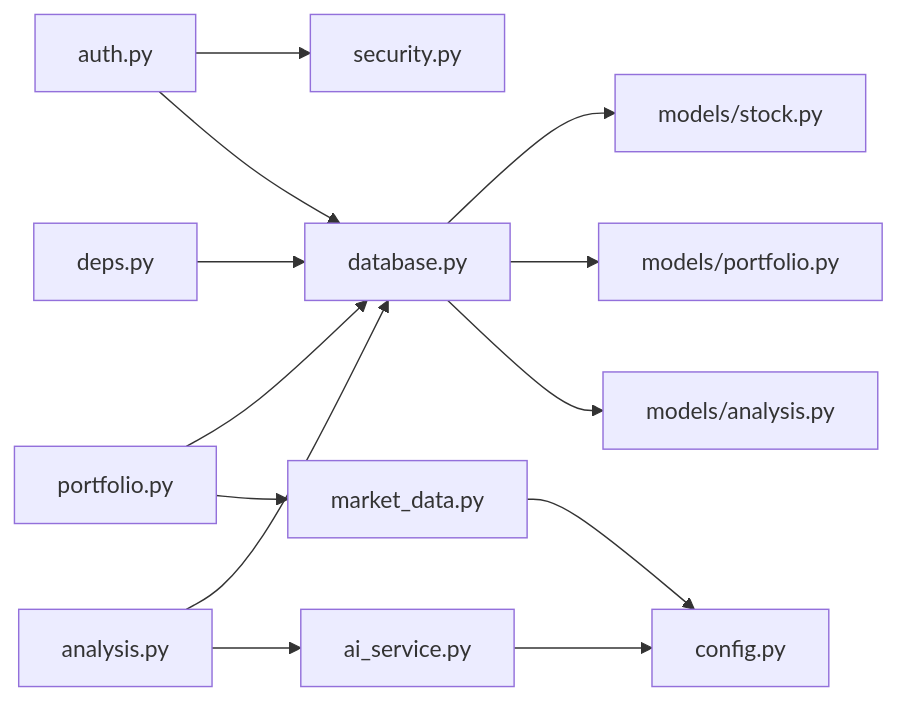
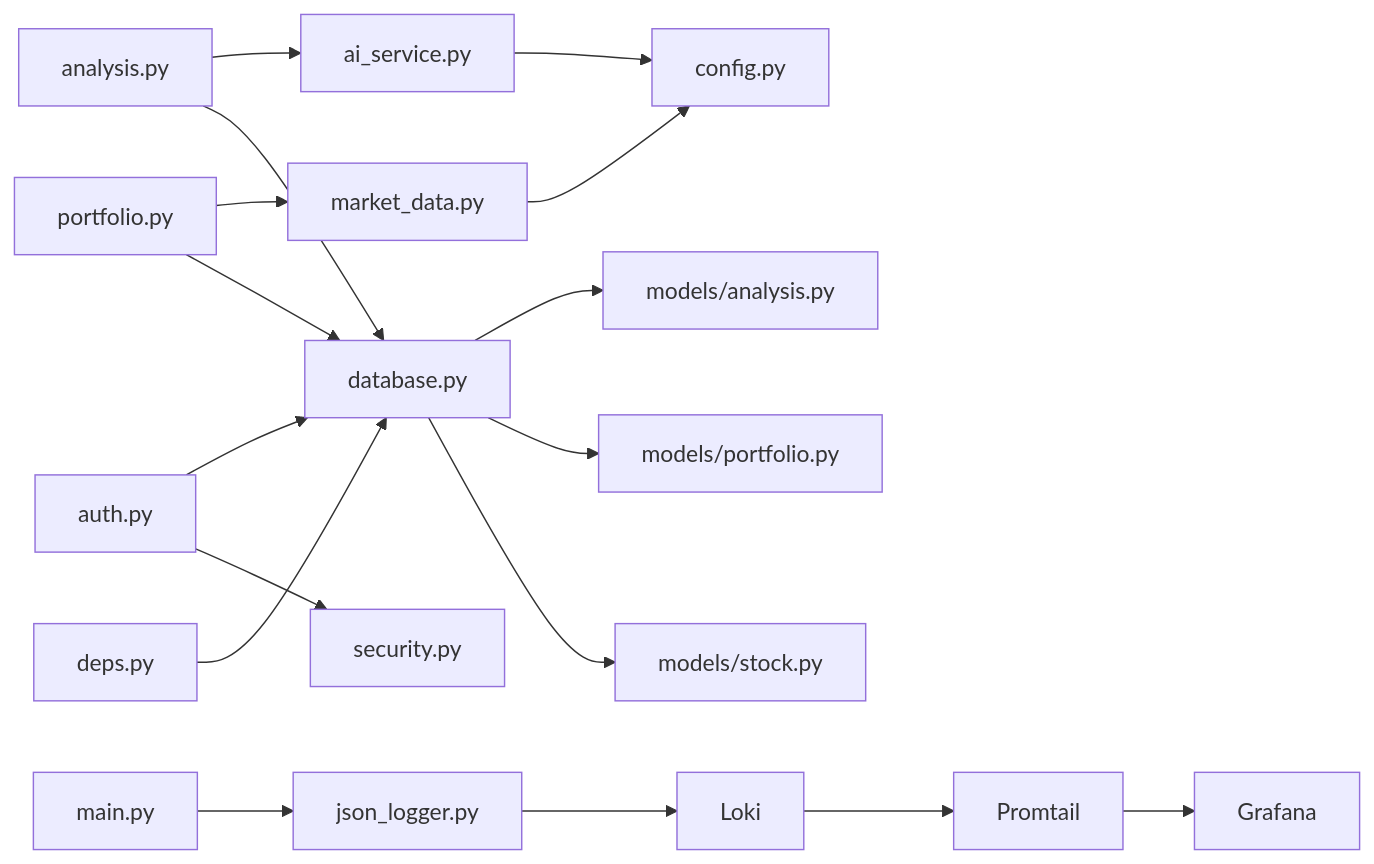
Before and after one commit to breeze-lyf/ai-stock-advisor: the fifth of 5 diagrams in .qoder/repowiki/zh/content/部署与运维/监控与日志管理.md, drawn with Mermaid. The commit also changed other lines of this file and 43 other files, not shown here.

````diff
--- a/.qoder/repowiki/zh/content/部署与运维/监控与日志管理.md
+++ b/.qoder/repowiki/zh/content/部署与运维/监控与日志管理.md
@@ -408,15 +537,19 @@
 ```mermaid
 graph LR
 API_Auth["auth.py"] --> Sec["security.py"]
 API_Auth --> DB["database.py"]
 API_Deps["deps.py"] --> DB
 API_Portfolio["portfolio.py"] --> DB
 API_Analysis["analysis.py"] --> DB
 API_Analysis --> SV_AI["ai_service.py"]
 API_Portfolio --> SV_MD["market_data.py"]
 SV_AI --> Cfg["config.py"]
 SV_MD --> Cfg
 DB --> Models_Stock["models/stock.py"]
 DB --> Models_Portfolio["models/portfolio.py"]
 DB --> Models_Analysis["models/analysis.py"]
+Main["main.py"] --> JSONLogger["json_logger.py"]
+JSONLogger --> Loki["Loki"]
+Loki --> Promtail["Promtail"]
+Promtail --> Grafana["Grafana"]
 ```
````
